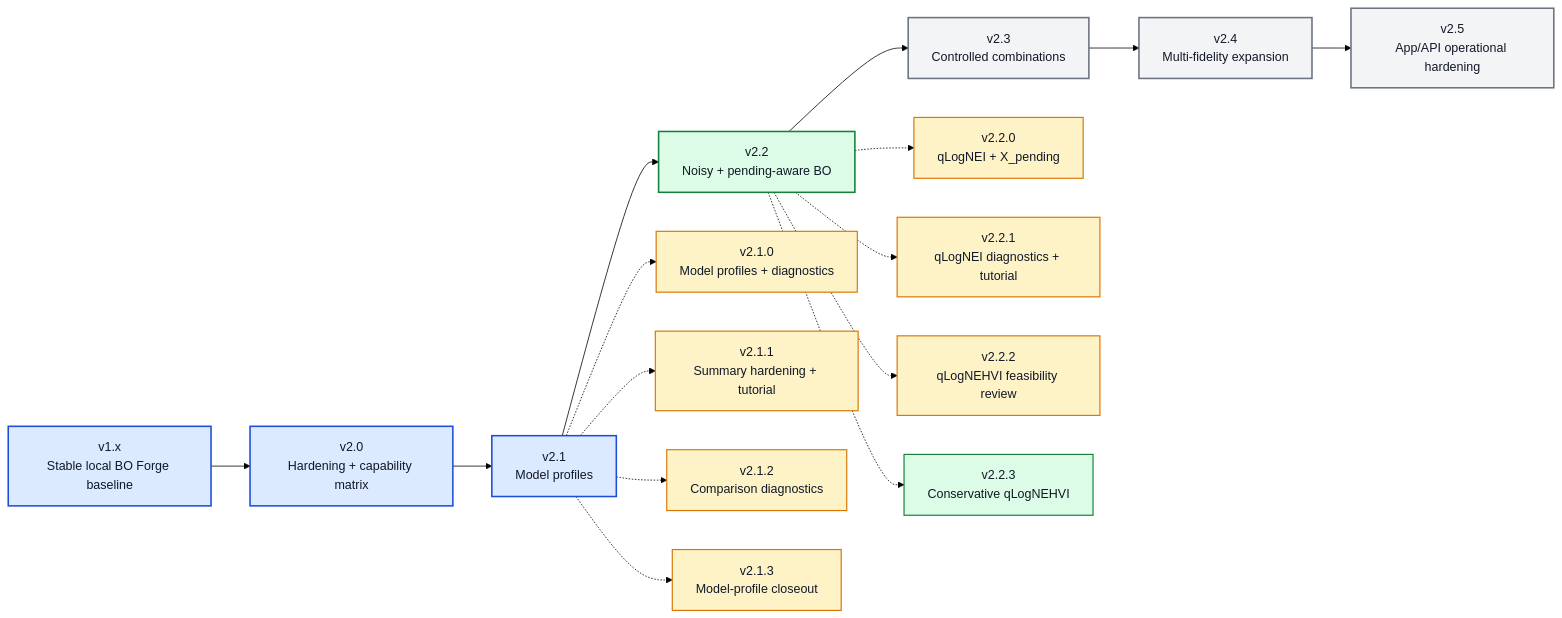
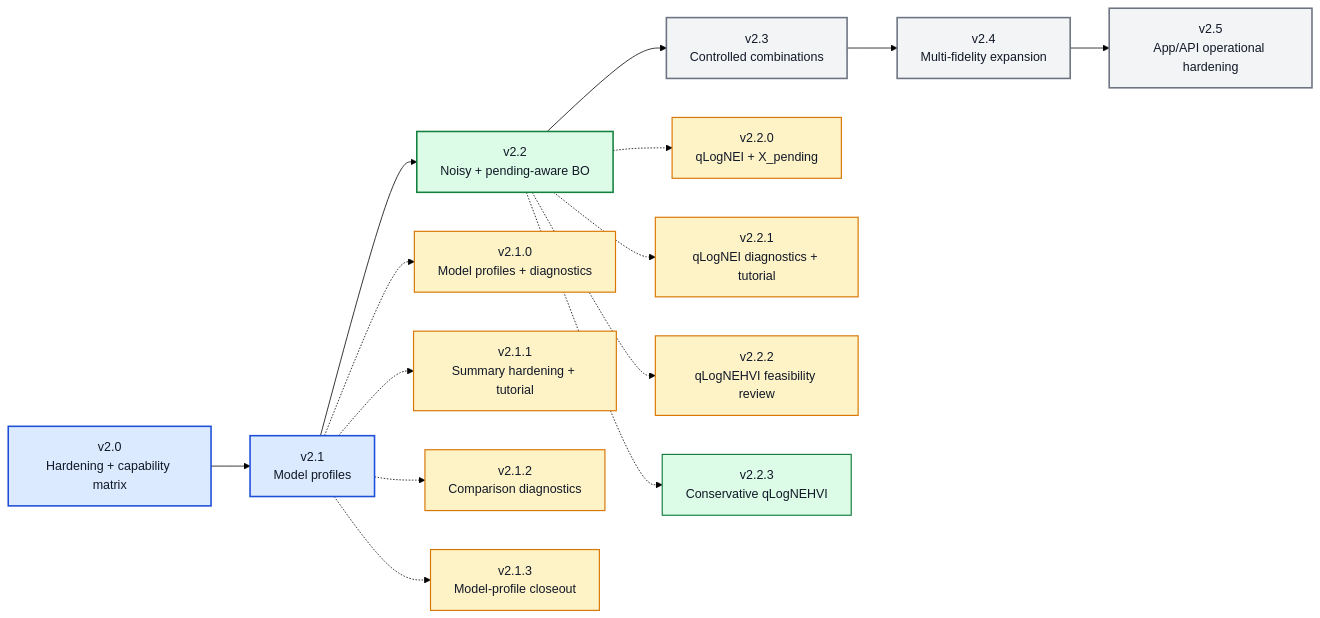
Before and after one commit to angzeli/bo-forge: the diagram in ROADMAP_V2_X.md, drawn with Mermaid (forest theme).

Commit message:
ROADMAP aesthetic change

````diff
--- a/ROADMAP_V2_X.md
+++ b/ROADMAP_V2_X.md
@@ -15,35 +15,35 @@
 ```mermaid
 flowchart LR
-    v10["v1.x<br/>Stable local BO Forge baseline"] --> v20["v2.0<br/>Hardening + capability matrix"] --> v21["v2.1<br/>Model profiles"] --> v22["v2.2<br/>Noisy + pending-aware BO"] --> v23["v2.3<br/>Controlled combinations"] --> v24["v2.4<br/>Multi-fidelity expansion"] --> v25["v2.5<br/>App/API operational hardening"]
+    v20["v2.0<br/>Hardening + capability matrix"] --> v21["v2.1<br/>Model profiles"] --> v22["v2.2<br/>Noisy + pending-aware BO"] --> v23["v2.3<br/>Controlled combinations"] --> v24["v2.4<br/>Multi-fidelity expansion"] --> v25["v2.5<br/>App/API operational hardening"]
 
     v210["v2.1.0<br/>Model profiles + diagnostics"]
     v211["v2.1.1<br/>Summary hardening + tutorial"]
     v212["v2.1.2<br/>Comparison diagnostics"]
     v213["v2.1.3<br/>Model-profile closeout"]
     v220["v2.2.0<br/>qLogNEI + X_pending"]
     v221["v2.2.1<br/>qLogNEI diagnostics + tutorial"]
     v222["v2.2.2<br/>qLogNEHVI feasibility review"]
     v223["v2.2.3<br/>Conservative qLogNEHVI"]
 
     v21 -.-> v210
     v21 -.-> v211
     v21 -.-> v212
     v21 -.-> v213
     v22 -.-> v220
     v22 -.-> v221
     v22 -.-> v222
     v22 -.-> v223
 
     class v10,v20,v21 majorDone
     class v22 majorActive
     class v23,v24,v25 majorFuture
     class v210,v211,v212,v213 patchDone
     class v220,v221,v222 patchDone
     class v223 patchActive
 
     classDef majorDone fill:#dbeafe,stroke:#1d4ed8,stroke-width:2px,color:#111827;
     classDef majorActive fill:#dcfce7,stroke:#15803d,stroke-width:2px,color:#111827;
     classDef majorFuture fill:#f3f4f6,stroke:#6b7280,stroke-width:2px,color:#111827;
     classDef patchDone fill:#fef3c7,stroke:#d97706,stroke-width:1.5px,color:#111827;
     classDef patchActive fill:#dcfce7,stroke:#15803d,stroke-width:1.5px,color:#111827;
 ```
````
